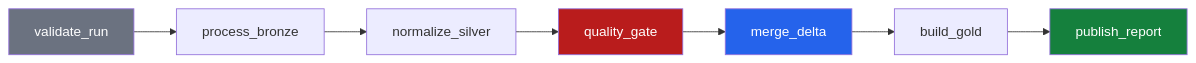
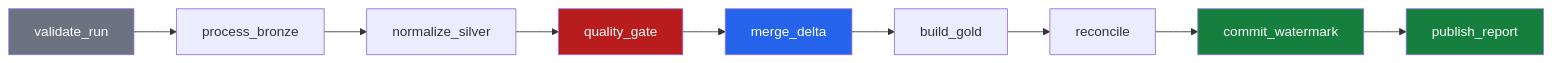
Diagram 16 of 24 in README.md (blkpvnthr/scientific-event-lakehouse), drawn with Mermaid before and after one commit. The commit also changed other lines of this file and 13 other files, not shown here.

First line of the commit message:
fix: commit watermark after Gold + reconciliation, not during Delta merge

````diff
--- a/README.md
+++ b/README.md
@@ -1222,10 +1222,12 @@
 ```mermaid
 flowchart LR
     V[validate_run] --> B[process_bronze] --> S[normalize_silver]
-    S --> Q[quality_gate] --> D[merge_delta] --> G[build_gold] --> R[publish_report]
+    S --> Q[quality_gate] --> D[merge_delta] --> G[build_gold]
+    G --> RC[reconcile] --> CW[commit_watermark] --> R[publish_report]
 
     style V fill:#6B7280,color:#fff
     style D fill:#2563EB,color:#fff
     style Q fill:#B91C1C,color:#fff
+    style CW fill:#15803D,color:#fff
     style R fill:#15803D,color:#fff
 ```
````
